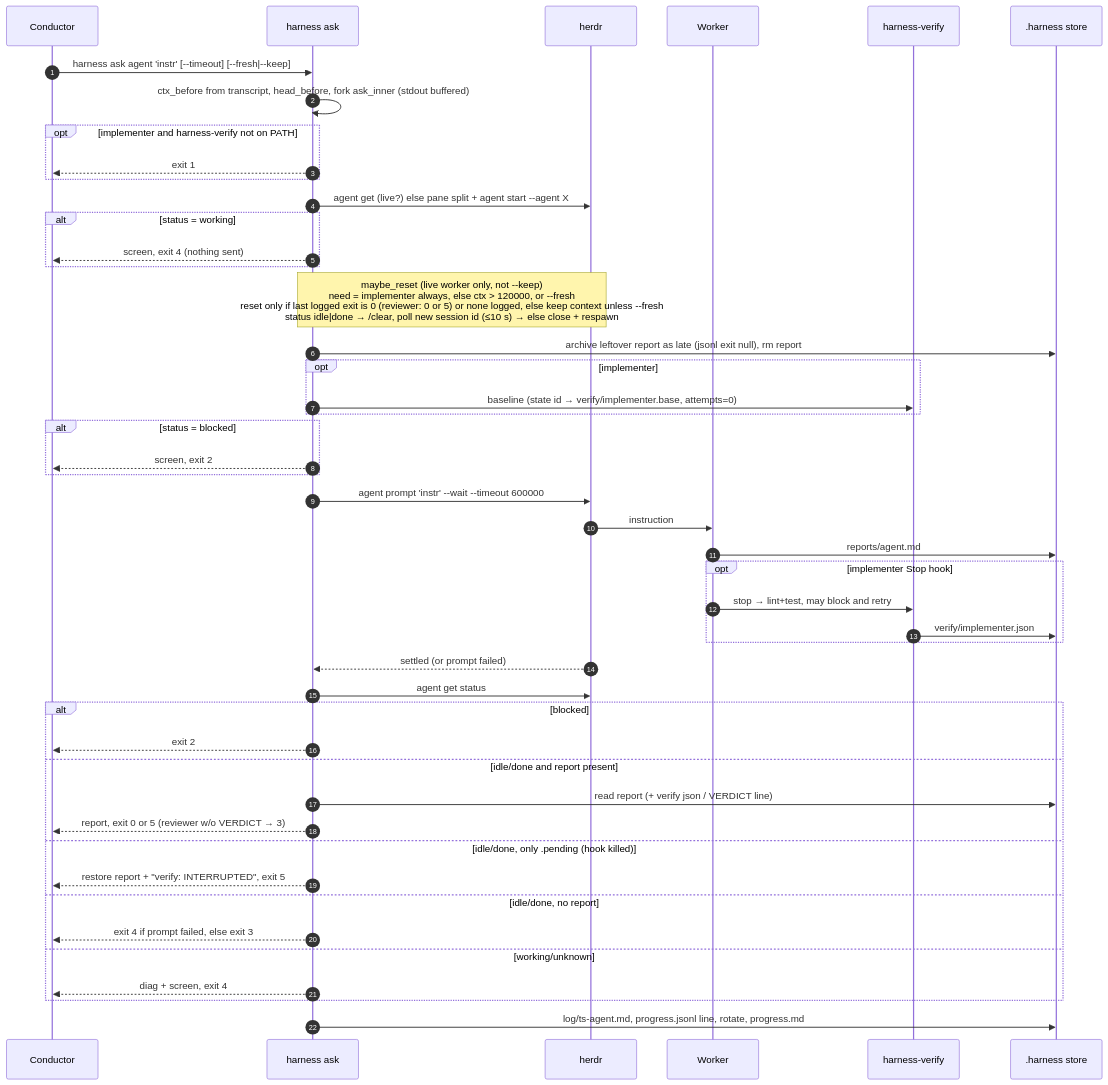
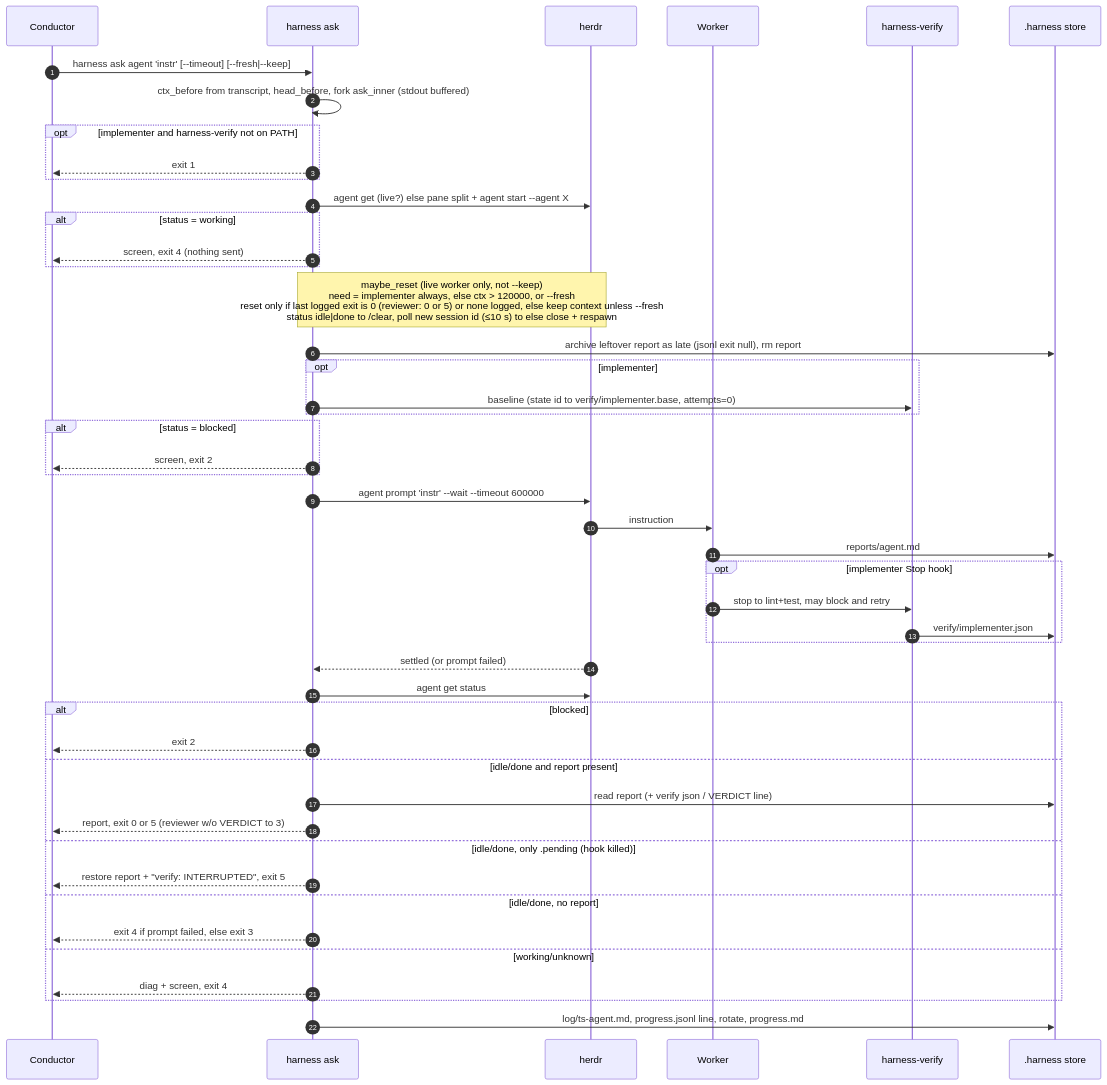
Before and after one commit to geonhos/claude-code-setup: the diagram in docs/diagrams/03-ask-sequence.mmd, drawn with Mermaid. The commit also changed 31 other files, not shown here.

```diff
--- a/docs/diagrams/03-ask-sequence.mmd
+++ b/docs/diagrams/03-ask-sequence.mmd
@@ -1,48 +1,48 @@
 sequenceDiagram
   autonumber
   participant C as Conductor
   participant H as harness ask
   participant D as herdr
   participant W as Worker
   participant V as harness-verify
   participant S as .harness store
 
   C->>H: harness ask agent 'instr' [--timeout] [--fresh|--keep]
   H->>H: ctx_before from transcript, head_before, fork ask_inner (stdout buffered)
   opt implementer and harness-verify not on PATH
     H-->>C: exit 1
   end
   H->>D: agent get (live?) else pane split + agent start --agent X
   alt status = working
     H-->>C: screen, exit 4 (nothing sent)
   end
-  Note over H,D: maybe_reset (live worker only, not --keep)<br/>need = implementer always, else ctx > 120000, or --fresh<br/>reset only if last logged exit is 0 (reviewer: 0 or 5) or none logged, else keep context unless --fresh<br/>status idle|done → /clear, poll new session id (≤10 s) → else close + respawn
+  Note over H,D: maybe_reset (live worker only, not --keep)<br/>need = implementer always, else ctx > 120000, or --fresh<br/>reset only if last logged exit is 0 (reviewer: 0 or 5) or none logged, else keep context unless --fresh<br/>status idle|done to /clear, poll new session id (≤10 s) to else close + respawn
   H->>S: archive leftover report as late (jsonl exit null), rm report
   opt implementer
-    H->>V: baseline (state id → verify/implementer.base, attempts=0)
+    H->>V: baseline (state id to verify/implementer.base, attempts=0)
   end
   alt status = blocked
     H-->>C: screen, exit 2
   end
   H->>D: agent prompt 'instr' --wait --timeout 600000
   D->>W: instruction
   W->>S: reports/agent.md
   opt implementer Stop hook
-    W->>V: stop → lint+test, may block and retry
+    W->>V: stop to lint+test, may block and retry
     V->>S: verify/implementer.json
   end
   D-->>H: settled (or prompt failed)
   H->>D: agent get status
   alt blocked
     H-->>C: exit 2
   else idle/done and report present
     H->>S: read report (+ verify json / VERDICT line)
-    H-->>C: report, exit 0 or 5 (reviewer w/o VERDICT → 3)
+    H-->>C: report, exit 0 or 5 (reviewer w/o VERDICT to 3)
   else idle/done, only .pending (hook killed)
     H-->>C: restore report + "verify: INTERRUPTED", exit 5
   else idle/done, no report
     H-->>C: exit 4 if prompt failed, else exit 3
   else working/unknown
     H-->>C: diag + screen, exit 4
   end
   H->>S: log/ts-agent.md, progress.jsonl line, rotate, progress.md
```
